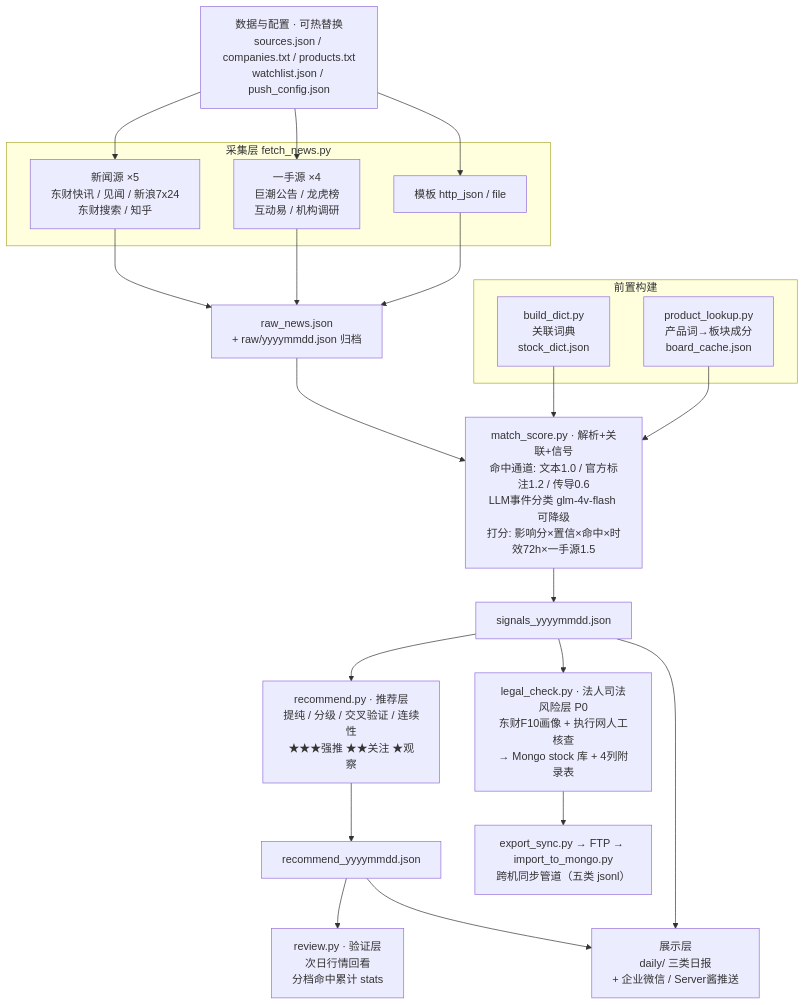
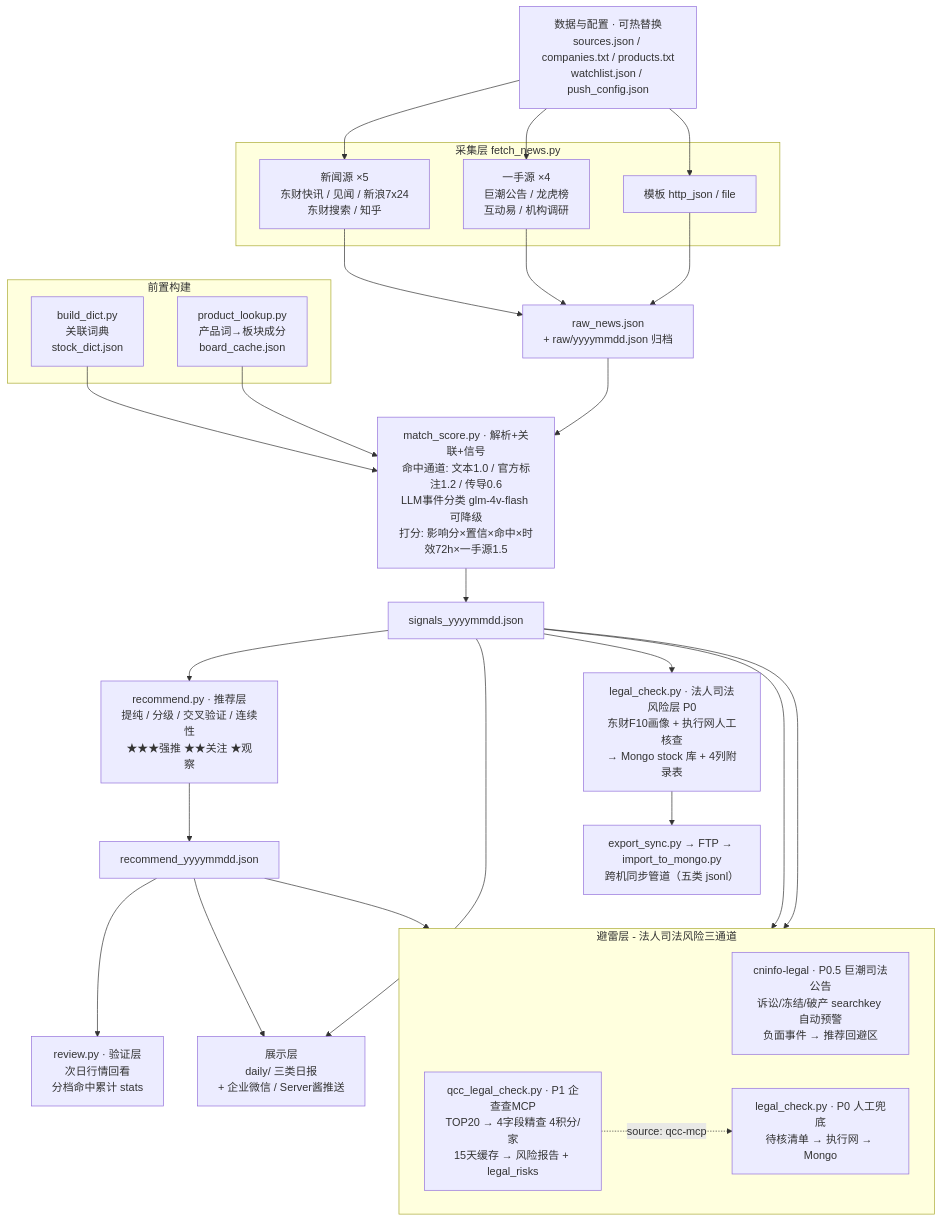
Before and after one commit to yinyu00/deepseek-workspace: the diagram in stock-news-finder/方案/概要设计.md, drawn with Mermaid. The commit also changed other lines of this file and 2 other files, not shown here.

First line of the commit message:
docs: 避雷层三通道入档(流程图+全格式契约), 需求F8.7/F8.8, mermaid语法修复

````diff
--- a/stock-news-finder/方案/概要设计.md
+++ b/stock-news-finder/方案/概要设计.md
@@ -10,34 +10,45 @@
 ```mermaid
 flowchart TD
     CFG[数据与配置 · 可热替换<br/>sources.json / companies.txt / products.txt<br/>watchlist.json / push_config.json]
 
-    subgraph 前置构建
+    subgraph PRE[前置构建]
         B1[build_dict.py<br/>关联词典<br/>stock_dict.json]
         B2[product_lookup.py<br/>产品词→板块成分<br/>board_cache.json]
     end
 
-    subgraph 采集层 fetch_news.py
+    subgraph FETCH[采集层 fetch_news.py]
         F1[新闻源 ×5<br/>东财快讯 / 见闻 / 新浪7x24<br/>东财搜索 / 知乎]
         F2[一手源 ×4<br/>巨潮公告 / 龙虎榜<br/>互动易 / 机构调研]
         F3[模板 http_json / file]
     end
 
     CFG --> F1 & F2 & F3
     F1 & F2 & F3 --> RAW[raw_news.json<br/>+ raw/yyyymmdd.json 归档]
 
     MS[match_score.py · 解析+关联+信号<br/>命中通道: 文本1.0 / 官方标注1.2 / 传导0.6<br/>LLM事件分类 glm-4v-flash 可降级<br/>打分: 影响分×置信×命中×时效72h×一手源1.5]
     RAW --> MS
     B1 --> MS
     B2 --> MS
 
     MS --> SIG[signals_yyyymmdd.json]
     SIG --> REC[recommend.py · 推荐层<br/>提纯 / 分级 / 交叉验证 / 连续性<br/>★★★强推 ★★关注 ★观察]
     REC --> RJ[recommend_yyyymmdd.json]
 
     RJ --> REV[review.py · 验证层<br/>次日行情回看<br/>分档命中累计 stats]
     RJ --> SHOW[展示层<br/>daily/ 三类日报<br/>+ 企业微信 / Server酱推送]
     SIG --> SHOW
 
     SIG --> LEG[legal_check.py · 法人司法风险层 P0<br/>东财F10画像 + 执行网人工核查<br/>→ Mongo stock 库 + 4列附录表]
     LEG --> SYNC2[export_sync.py → FTP → import_to_mongo.py<br/>跨机同步管道（五类 jsonl）]
+
+    subgraph SHIELD[避雷层 - 法人司法风险三通道]
+        direction LR
+        LG[cninfo-legal · P0.5 巨潮司法公告<br/>诉讼/冻结/破产 searchkey 自动预警<br/>负面事件 → 推荐回避区]
+        QCC[qcc_legal_check.py · P1 企查查MCP<br/>TOP20 → 4字段精查 4积分/家<br/>15天缓存 → 风险报告 + legal_risks]
+        MAN[legal_check.py · P0 人工兜底<br/>待核清单 → 执行网 → Mongo]
+    end
+    SIG --> LG
+    RJ --> QCC
+    SIG --> MAN
+    QCC -.->|source: qcc-mcp| MAN
 ```
````
